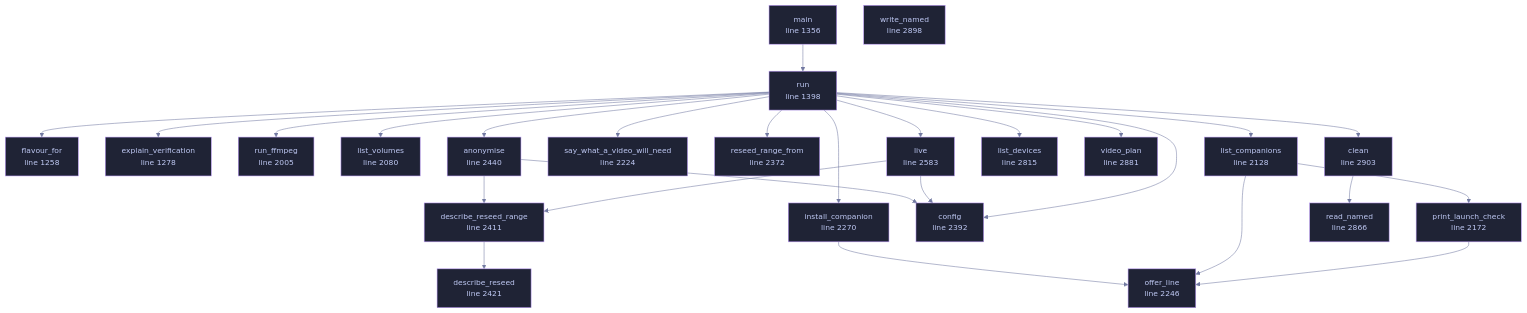
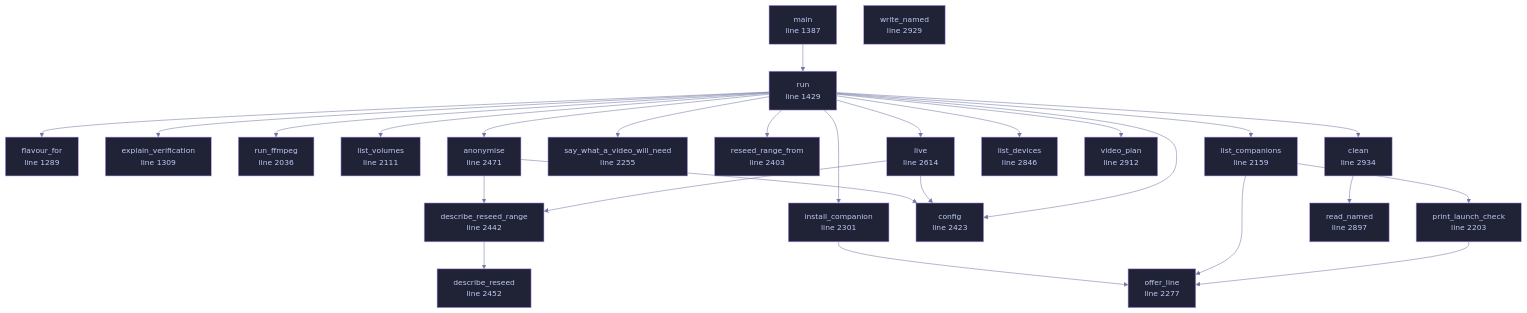
One commit to tilas01/veilvoice changed the diagram in docs/files/veilvoice-cli/main.md. Above: the diagram before and after it, drawn with Mermaid. The commit also changed other lines of this file and 85 other files, not shown here.

````diff
--- a/docs/files/veilvoice-cli/main.md
+++ b/docs/files/veilvoice-cli/main.md
@@ -135,75 +135,75 @@
 ```mermaid
 %%{init: {"theme":"base","themeVariables":{"background":"#1a1b26","primaryColor":"#1f2335","primaryTextColor":"#c0caf5","primaryBorderColor":"#7aa2f7","secondaryColor":"#16161e","tertiaryColor":"#16161e","lineColor":"#737aa2","textColor":"#c0caf5","mainBkg":"#1f2335","nodeBorder":"#7aa2f7","clusterBkg":"#16161e","clusterBorder":"#2f3549","fontFamily":"ui-monospace, SFMono-Regular, Consolas, monospace","fontSize":"14px"}}}%%
 flowchart TD
-    n_flavour_for["flavour_for<br/>line 1258"]
-    n_explain_verification["explain_verification<br/>line 1278"]
-    n_main["main<br/>line 1356"]
-    n_run["run<br/>line 1398"]
-    n_run_ffmpeg["run_ffmpeg<br/>line 2005"]
-    n_list_volumes["list_volumes<br/>line 2080"]
-    n_list_companions["list_companions<br/>line 2128"]
-    n_print_launch_check["print_launch_check<br/>line 2172"]
-    n_say_what_a_video_will_need["say_what_a_video_will_need<br/>line 2224"]
-    n_offer_line["offer_line<br/>line 2246"]
-    n_install_companion["install_companion<br/>line 2270"]
-    n_reseed_range_from["reseed_range_from<br/>line 2372"]
-    n_config["config<br/>line 2392"]
-    n_describe_reseed_range["describe_reseed_range<br/>line 2411"]
-    n_describe_reseed["describe_reseed<br/>line 2421"]
-    n_anonymise["anonymise<br/>line 2440"]
-    n_live["live<br/>line 2583"]
-    n_list_devices["list_devices<br/>line 2815"]
-    n_read_named["read_named<br/>line 2866"]
-    n_video_plan["video_plan<br/>line 2881"]
-    n_write_named["write_named<br/>line 2898"]
-    n_clean["clean<br/>line 2903"]
+    n_flavour_for["flavour_for<br/>line 1289"]
+    n_explain_verification["explain_verification<br/>line 1309"]
+    n_main["main<br/>line 1387"]
+    n_run["run<br/>line 1429"]
+    n_run_ffmpeg["run_ffmpeg<br/>line 2036"]
+    n_list_volumes["list_volumes<br/>line 2111"]
+    n_list_companions["list_companions<br/>line 2159"]
+    n_print_launch_check["print_launch_check<br/>line 2203"]
+    n_say_what_a_video_will_need["say_what_a_video_will_need<br/>line 2255"]
+    n_offer_line["offer_line<br/>line 2277"]
+    n_install_companion["install_companion<br/>line 2301"]
+    n_reseed_range_from["reseed_range_from<br/>line 2403"]
+    n_config["config<br/>line 2423"]
+    n_describe_reseed_range["describe_reseed_range<br/>line 2442"]
+    n_describe_reseed["describe_reseed<br/>line 2452"]
+    n_anonymise["anonymise<br/>line 2471"]
+    n_live["live<br/>line 2614"]
+    n_list_devices["list_devices<br/>line 2846"]
+    n_read_named["read_named<br/>line 2897"]
+    n_video_plan["video_plan<br/>line 2912"]
+    n_write_named["write_named<br/>line 2929"]
+    n_clean["clean<br/>line 2934"]
     n_anonymise --> n_config
     n_anonymise --> n_describe_reseed_range
     n_clean --> n_read_named
     n_describe_reseed_range --> n_describe_reseed
     n_install_companion --> n_offer_line
     n_list_companions --> n_offer_line
     n_list_companions --> n_print_launch_check
     n_live --> n_config
     n_live --> n_describe_reseed_range
     n_main --> n_run
     n_print_launch_check --> n_offer_line
     n_run --> n_anonymise
     n_run --> n_clean
     n_run --> n_config
     n_run --> n_explain_verification
     n_run --> n_flavour_for
     n_run --> n_install_companion
     n_run --> n_list_companions
     n_run --> n_list_devices
     n_run --> n_list_volumes
     n_run --> n_live
     n_run --> n_reseed_range_from
     n_run --> n_run_ffmpeg
     n_run --> n_say_what_a_video_will_need
     n_run --> n_video_plan
-    click n_flavour_for href "https://github.com/tilas01/veilvoice/blob/main/crates/veilvoice-cli/src/main.rs#L1258" "open the source"
-    click n_explain_verification href "https://github.com/tilas01/veilvoice/blob/main/crates/veilvoice-cli/src/main.rs#L1278" "open the source"
-    click n_main href "https://github.com/tilas01/veilvoice/blob/main/crates/veilvoice-cli/src/main.rs#L1356" "open the source"
-    click n_run href "https://github.com/tilas01/veilvoice/blob/main/crates/veilvoice-cli/src/main.rs#L1398" "open the source"
-    click n_run_ffmpeg href "https://github.com/tilas01/veilvoice/blob/main/crates/veilvoice-cli/src/main.rs#L2005" "open the source"
-    click n_list_volumes href "https://github.com/tilas01/veilvoice/blob/main/crates/veilvoice-cli/src/main.rs#L2080" "open the source"
-    click n_list_companions href "https://github.com/tilas01/veilvoice/blob/main/crates/veilvoice-cli/src/main.rs#L2128" "open the source"
-    click n_print_launch_check href "https://github.com/tilas01/veilvoice/blob/main/crates/veilvoice-cli/src/main.rs#L2172" "open the source"
-    click n_say_what_a_video_will_need href "https://github.com/tilas01/veilvoice/blob/main/crates/veilvoice-cli/src/main.rs#L2224" "open the source"
-    click n_offer_line href "https://github.com/tilas01/veilvoice/blob/main/crates/veilvoice-cli/src/main.rs#L2246" "open the source"
-    click n_install_companion href "https://github.com/tilas01/veilvoice/blob/main/crates/veilvoice-cli/src/main.rs#L2270" "open the source"
-    click n_reseed_range_from href "https://github.com/tilas01/veilvoice/blob/main/crates/veilvoice-cli/src/main.rs#L2372" "open the source"
-    click n_config href "https://github.com/tilas01/veilvoice/blob/main/crates/veilvoice-cli/src/main.rs#L2392" "open the source"
-    click n_describe_reseed_range href "https://github.com/tilas01/veilvoice/blob/main/crates/veilvoice-cli/src/main.rs#L2411" "open the source"
-    click n_describe_reseed href "https://github.com/tilas01/veilvoice/blob/main/crates/veilvoice-cli/src/main.rs#L2421" "open the source"
-    click n_anonymise href "https://github.com/tilas01/veilvoice/blob/main/crates/veilvoice-cli/src/main.rs#L2440" "open the source"
-    click n_live href "https://github.com/tilas01/veilvoice/blob/main/crates/veilvoice-cli/src/main.rs#L2583" "open the source"
-    click n_list_devices href "https://github.com/tilas01/veilvoice/blob/main/crates/veilvoice-cli/src/main.rs#L2815" "open the source"
-    click n_read_named href "https://github.com/tilas01/veilvoice/blob/main/crates/veilvoice-cli/src/main.rs#L2866" "open the source"
-    click n_video_plan href "https://github.com/tilas01/veilvoice/blob/main/crates/veilvoice-cli/src/main.rs#L2881" "open the source"
-    click n_write_named href "https://github.com/tilas01/veilvoice/blob/main/crates/veilvoice-cli/src/main.rs#L2898" "open the source"
-    click n_clean href "https://github.com/tilas01/veilvoice/blob/main/crates/veilvoice-cli/src/main.rs#L2903" "open the source"
+    click n_flavour_for href "https://github.com/tilas01/veilvoice/blob/main/crates/veilvoice-cli/src/main.rs#L1289" "open the source"
+    click n_explain_verification href "https://github.com/tilas01/veilvoice/blob/main/crates/veilvoice-cli/src/main.rs#L1309" "open the source"
+    click n_main href "https://github.com/tilas01/veilvoice/blob/main/crates/veilvoice-cli/src/main.rs#L1387" "open the source"
+    click n_run href "https://github.com/tilas01/veilvoice/blob/main/crates/veilvoice-cli/src/main.rs#L1429" "open the source"
+    click n_run_ffmpeg href "https://github.com/tilas01/veilvoice/blob/main/crates/veilvoice-cli/src/main.rs#L2036" "open the source"
+    click n_list_volumes href "https://github.com/tilas01/veilvoice/blob/main/crates/veilvoice-cli/src/main.rs#L2111" "open the source"
+    click n_list_companions href "https://github.com/tilas01/veilvoice/blob/main/crates/veilvoice-cli/src/main.rs#L2159" "open the source"
+    click n_print_launch_check href "https://github.com/tilas01/veilvoice/blob/main/crates/veilvoice-cli/src/main.rs#L2203" "open the source"
+    click n_say_what_a_video_will_need href "https://github.com/tilas01/veilvoice/blob/main/crates/veilvoice-cli/src/main.rs#L2255" "open the source"
+    click n_offer_line href "https://github.com/tilas01/veilvoice/blob/main/crates/veilvoice-cli/src/main.rs#L2277" "open the source"
+    click n_install_companion href "https://github.com/tilas01/veilvoice/blob/main/crates/veilvoice-cli/src/main.rs#L2301" "open the source"
+    click n_reseed_range_from href "https://github.com/tilas01/veilvoice/blob/main/crates/veilvoice-cli/src/main.rs#L2403" "open the source"
+    click n_config href "https://github.com/tilas01/veilvoice/blob/main/crates/veilvoice-cli/src/main.rs#L2423" "open the source"
+    click n_describe_reseed_range href "https://github.com/tilas01/veilvoice/blob/main/crates/veilvoice-cli/src/main.rs#L2442" "open the source"
+    click n_describe_reseed href "https://github.com/tilas01/veilvoice/blob/main/crates/veilvoice-cli/src/main.rs#L2452" "open the source"
+    click n_anonymise href "https://github.com/tilas01/veilvoice/blob/main/crates/veilvoice-cli/src/main.rs#L2471" "open the source"
+    click n_live href "https://github.com/tilas01/veilvoice/blob/main/crates/veilvoice-cli/src/main.rs#L2614" "open the source"
+    click n_list_devices href "https://github.com/tilas01/veilvoice/blob/main/crates/veilvoice-cli/src/main.rs#L2846" "open the source"
+    click n_read_named href "https://github.com/tilas01/veilvoice/blob/main/crates/veilvoice-cli/src/main.rs#L2897" "open the source"
+    click n_video_plan href "https://github.com/tilas01/veilvoice/blob/main/crates/veilvoice-cli/src/main.rs#L2912" "open the source"
+    click n_write_named href "https://github.com/tilas01/veilvoice/blob/main/crates/veilvoice-cli/src/main.rs#L2929" "open the source"
+    click n_clean href "https://github.com/tilas01/veilvoice/blob/main/crates/veilvoice-cli/src/main.rs#L2934" "open the source"
     classDef helper fill:#1f2335,stroke:#bb9af7,color:#c0caf5
     class n_flavour_for,n_explain_verification,n_main,n_run,n_run_ffmpeg,n_list_volumes,n_list_companions,n_print_launch_check,n_say_what_a_video_will_need,n_offer_line,n_install_companion,n_reseed_range_from,n_config,n_describe_reseed_range,n_describe_reseed,n_anonymise,n_live,n_list_devices,n_read_named,n_video_plan,n_write_named,n_clean helper
 ```
````
